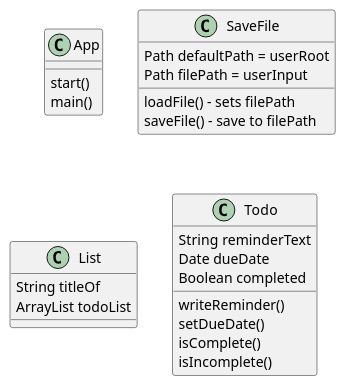
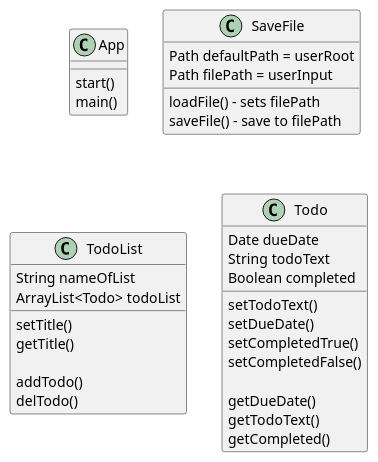
One commit to SlimyMonz/Java-Todo-App changed the diagram in uml/App.puml. Above: the diagram before and after it, drawn with PlantUML. The commit also changed 5 other files, not shown here.

```diff
--- a/uml/App.puml
+++ b/uml/App.puml
@@ -1,40 +1,55 @@
 @startuml
 'https://plantuml.com/class-diagram
 
 class App {
 
     start()
     main()
 }
 
 class SaveFile {
 
 Path defaultPath = userRoot
 Path filePath = userInput
+
 loadFile() - sets filePath
 saveFile() - save to filePath
+
+
 }
 
-class List {
+class TodoList {
+String nameOfList
+ArrayList<Todo> todoList
 
-String titleOf
-ArrayList todoList
+setTitle()
+getTitle()
+
+addTodo()
+delTodo()
+
 }
 
 class Todo {
 
-String reminderText
 Date dueDate
+String todoText
 Boolean completed
 
-writeReminder()
+setTodoText()
 setDueDate()
-isComplete()
-isIncomplete()
+setCompletedTrue()
+setCompletedFalse()
+
+getDueDate()
+getTodoText()
+getCompleted()
+
+
 }
 
 
 
 
 
 @enduml
```
